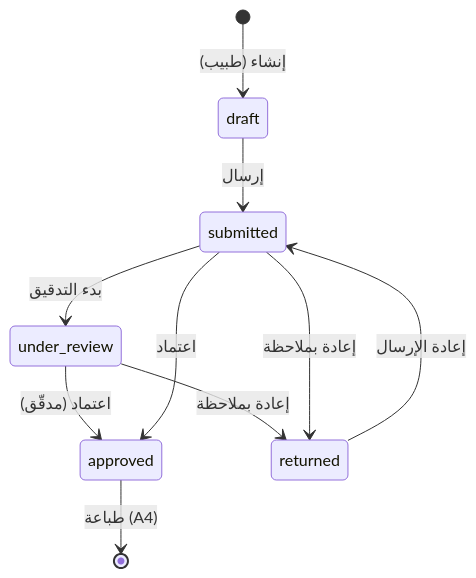
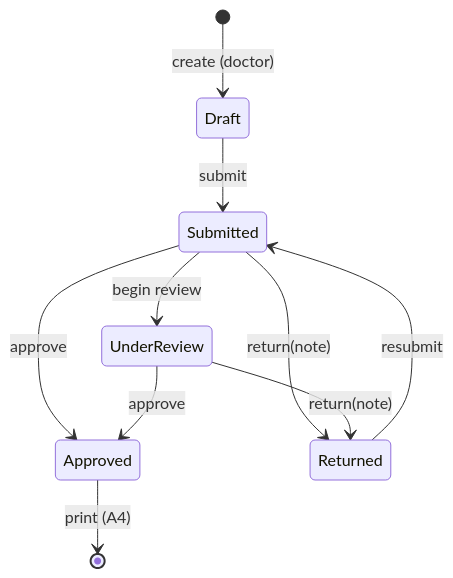
The eighth of 11 diagrams in ARCHITECTURE.md (azizmf1/azizmf1), drawn with Mermaid before and after one commit. The commit also changed other lines of this file, not shown here.

First line of the commit message:
docs: rewrite ARCHITECTURE.md in English, comprehensive (C4, ADRs, NFRs)

````diff
--- a/ARCHITECTURE.md
+++ b/ARCHITECTURE.md
@@ -216,12 +471,12 @@
 ```mermaid
 stateDiagram-v2
-  [*] --> draft: إنشاء (طبيب)
-  draft --> submitted: إرسال
-  submitted --> under_review: بدء التدقيق
-  under_review --> approved: اعتماد (مدقّق)
-  under_review --> returned: إعادة بملاحظة
-  submitted --> approved: اعتماد
-  submitted --> returned: إعادة بملاحظة
-  returned --> submitted: إعادة الإرسال
-  approved --> [*]: طباعة (A4)
+  [*] --> Draft: create (doctor)
+  Draft --> Submitted: submit
+  Submitted --> UnderReview: begin review
+  Submitted --> Approved: approve
+  Submitted --> Returned: return(note)
+  UnderReview --> Approved: approve
+  UnderReview --> Returned: return(note)
+  Returned --> Submitted: resubmit
+  Approved --> [*]: print (A4)
 ```
````
